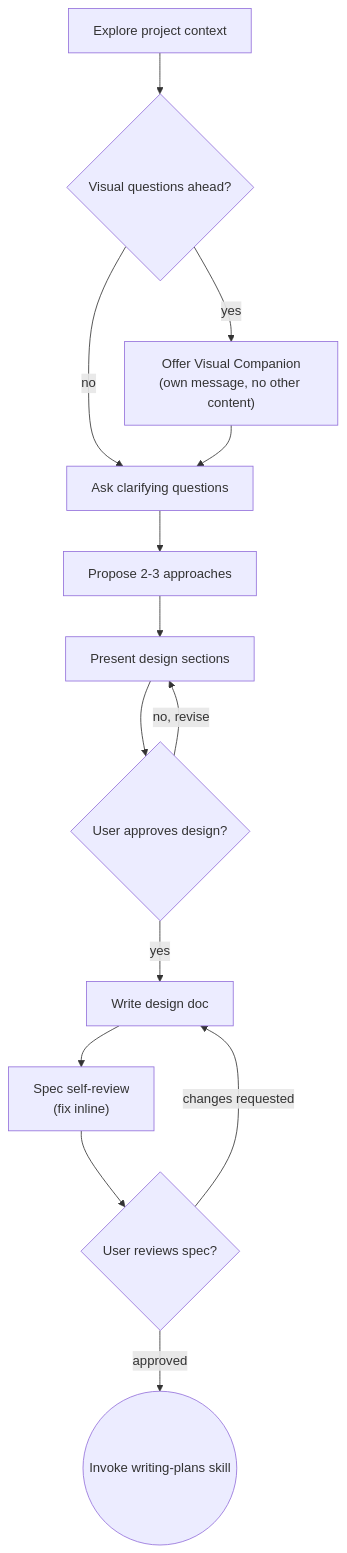
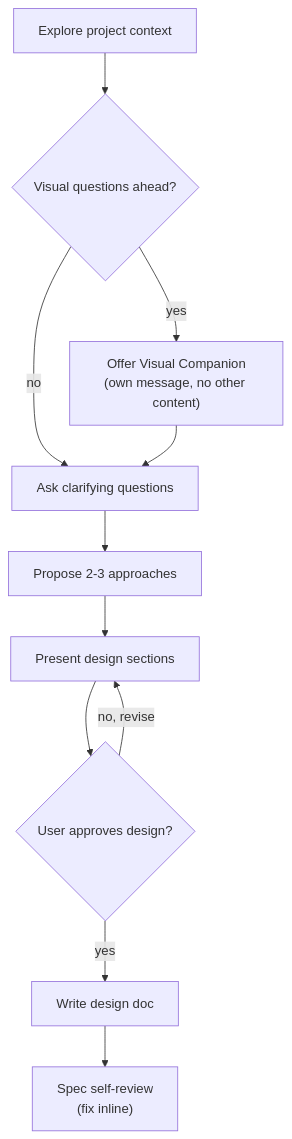
The diagram in skills/brainstorming/SKILL.md (quangson137/superbrain), drawn with Mermaid before and after one commit. The commit also changed other lines of this file, not shown here.

````diff
--- a/skills/brainstorming/SKILL.md
+++ b/skills/brainstorming/SKILL.md
@@ -36,28 +34,23 @@
 ```mermaid
 flowchart TD
     A["Explore project context"]
     B{"Visual questions ahead?"}
     C["Offer Visual Companion<br/>(own message, no other content)"]
     D["Ask clarifying questions"]
     E["Propose 2-3 approaches"]
     F["Present design sections"]
     G{"User approves design?"}
     H["Write design doc"]
     I["Spec self-review<br/>(fix inline)"]
-    J{"User reviews spec?"}
-    K(("Invoke writing-plans skill"))
 
     A --> B
     B -- yes --> C
     B -- no --> D
     C --> D
     D --> E
     E --> F
     F --> G
     G -- "no, revise" --> F
     G -- yes --> H
     H --> I
-    I --> J
-    J -- "changes requested" --> H
-    J -- approved --> K
 ```
````
